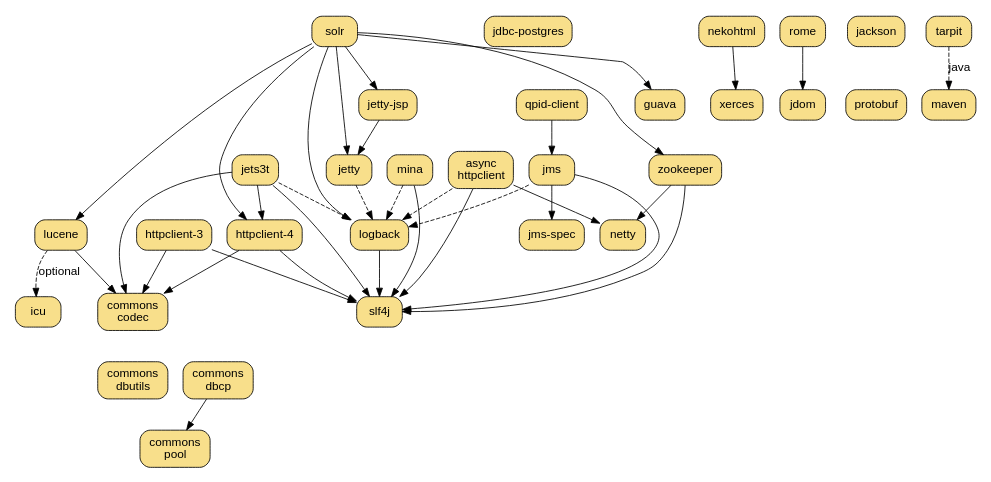
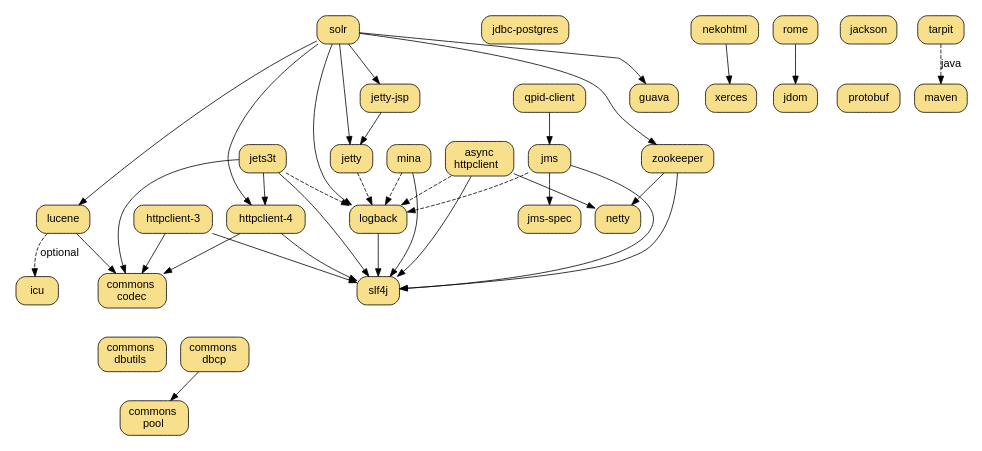
Before and after one commit to dekellum/rjack: the diagram in www/rjack.dot, drawn with Graphviz.

Commit message:
Use sans-serif for for www dot svg

```diff
--- a/www/rjack.dot
+++ b/www/rjack.dot
@@ -1,129 +1,129 @@
 digraph "RJack Gem Dependency Graph" {
   bgcolor="transparent";
   rankdir=TB;
   size="7.0,6.5";
   node [ shape=box, style="filled,rounded", fillcolor="#f8df8b",
-         fontname="Arial", margin="0.15,0.1" ];
-  edge [ fontname="Arial" ];
+         fontname="sans-serif", margin="0.15,0.1" ];
+  edge [ fontname="sans-serif" ];
 
   "solr"          [ target=_parent, URL="solr/" ];
   "lucene"        [ target=_parent, URL="lucene/" ];
 
   "jets3t"        [ target=_parent, URL="jets3t/" ];
 
   "httpclient-3"  [ target=_parent, URL="httpclient-3/" ];
   "httpclient-4"  [ target=_parent, URL="httpclient-4/" ];
 
   "icu"           [ target=_parent, URL="icu/" ];
 
   "jetty"         [ target=_parent, URL="jetty/" ];
   "jetty-jsp"     [ target=_parent, URL="jetty-jsp/" ];
 
   "slf4j"         [ target=_parent, URL="slf4j/", group=log ];
   "logback"       [ target=_parent, URL="logback/", group=log ];
 
   "commons-codec" [ label=<commons<br/>codec>
                     target=_parent, URL="commons-codec/", group=commons ];
 
   "jms-spec"      [ target=_parent, URL="jms-spec/", group=net ];
   "jms"           [ target=_parent, URL="jms/", group=net ];
   "mina"          [ target=_parent, URL="mina/", group=net ];
   "qpid-client"   [ target=_parent, URL="qpid-client/", group=net ];
 
   "async-httpclient" [ label=<async<br/>httpclient>
                        target=_parent, URL="async-httpclient/" ];
 
   "netty"         [ target=_parent, URL="netty/", group=net ];
   "zookeeper"     [ target=_parent, URL="zookeeper/" ];
   "guava"         [ target=_parent, URL="guava/" ];
 
   "jdbc-postgres" [ target=_parent, URL="jdbc-postgres/" ];
 
   subgraph cluster_db {
     style=invis
     "commons-dbcp"    [ label=<commons<br/>dbcp>
                         target=_parent, URL="commons-dbcp/", group=commons ];
     "commons-dbutils" [ label=<commons<br/>dbutils>
                         target=_parent, URL="commons-dbutils/", group=commons ];
     "commons-pool"    [ label=<commons<br/>pool>
                         target=_parent, URL="commons-pool/", group=commons ];
   }
   subgraph cluster_xml {
     style=invis
 
     "rome"          [ target=_parent, URL="rome/", group=ml ];
     "jdom"          [ target=_parent, URL="jdom/", group=ml ];
     "nekohtml"      [ target=_parent, URL="nekohtml/", group=ml ];
     "xerces"        [ target=_parent, URL="xerces/", group=ml ];
 
     "rome" -> "xerces" [ style=invis ];
   }
 
   subgraph cluster_ser {
     style=invis
     "jackson"       [ target=_parent, URL="jackson/", group=ser ];
     "protobuf"      [ target=_parent, URL="protobuf/", group=ser ];
     "jackson" -> "protobuf" [ style=invis ];
   }
 
   "tarpit"        [ target=_parent, URL="tarpit/" ];
   "maven"         [ target=_parent, URL="maven/" ];
 
   "commons-dbcp" -> "commons-pool";
   "commons-dbutils" -> "commons-pool" [ style=invis ];
 
   "tarpit"       -> "maven" [ style=dashed, label="java" ];
 
   "jets3t"       -> "logback" [ style=dashed ];
   "jets3t"       -> "httpclient-4";
   "jets3t"       -> "commons-codec";
   "jets3t"       -> "slf4j";
 
   "rome"         -> "jdom"
   "nekohtml"     -> "xerces"
 
   "httpclient-3"   -> "commons-codec";
   "httpclient-4"   -> "commons-codec";
 #  "httpclient"   -> "logback" [ style=dashed ];
   "httpclient-3"   -> "slf4j";
   "httpclient-4"   -> "slf4j";
 
   "jetty-jsp"    -> "jetty";
   "jetty"        -> "logback" [ style=dashed ];
 #  "jetty"        -> "slf4j"   [ style=dashed ];
 
   "logback"      -> "slf4j";
 
   "jms"          -> "jms-spec";
   "jms"          -> "slf4j";
   "jms"          -> "logback" [ style=dashed ];
 
   "mina"         -> "slf4j";
   "mina"         -> "logback" [ style=dashed ];
 
   "qpid-client"  -> "jms";
 #  "qpid-client"  -> "slf4j";
 #  "qpid-client"  -> "logback" [ style=dashed ];
 
   "async-httpclient" -> "slf4j"
   "async-httpclient" -> "logback" [ style=dashed ];
 
   "lucene" -> "commons-codec"
   "lucene" -> "icu"           [ style=dashed, label="optional" ];
 
   "solr"   -> "lucene"
   "solr"   -> "jetty"
   "solr"   -> "jetty-jsp"
   "solr"   -> "httpclient-4"
   "solr"   -> "logback";
 #  "solr"   -> "slf4j"
 
 # for association only
   "commons-codec" -> "commons-dbutils" [ style=invis ];
 
   "solr"   -> "guava"
   "solr"   -> "zookeeper"
   "zookeeper" -> "netty"
   "zookeeper" -> "slf4j"
   "async-httpclient" -> "netty"
 }
```
